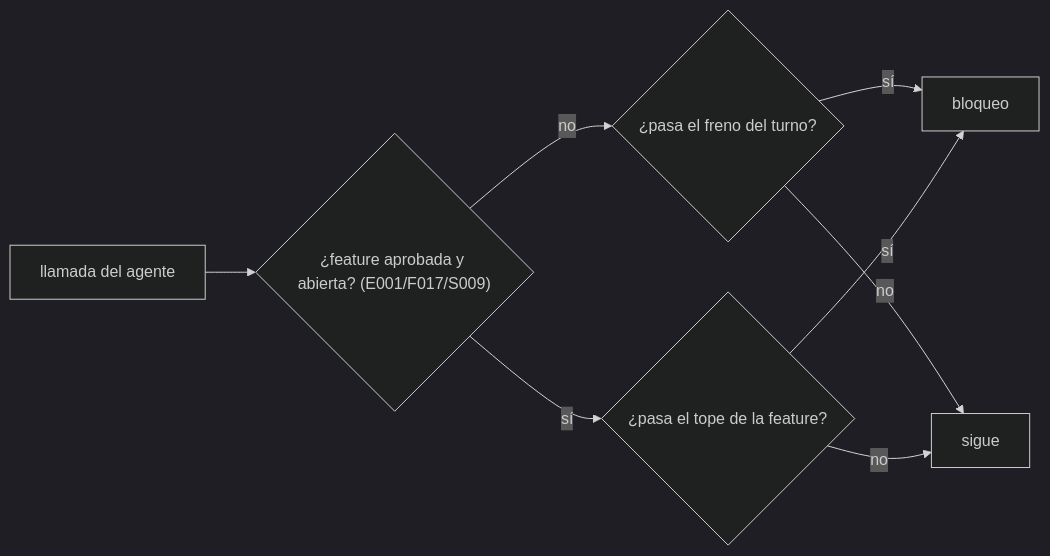
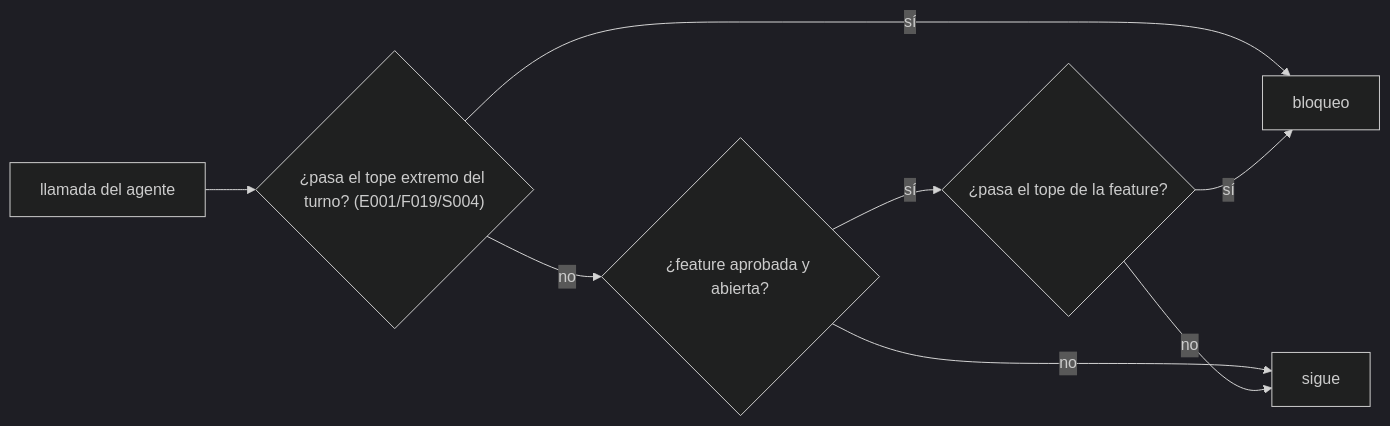
Before and after one commit to jliberal-aquas/aquas-central-harness-government: the first of 2 diagrams in docs/E001/F015/S002.md, drawn with Mermaid (dark theme). The commit also changed other lines of this file and 25 other files, not shown here.

First line of the commit message:
E001/F019/S004: tope extremo por turno de 1000 llamadas o 20M ponderados

````diff
--- a/docs/E001/F015/S002.md
+++ b/docs/E001/F015/S002.md
@@ -49,10 +49,10 @@
 ```mermaid
 flowchart LR
-    L["llamada del agente"] --> A{"¿feature aprobada y abierta? (E001/F017/S009)"}
-    A -->|no| T{"¿pasa el freno del turno?"}
+    L["llamada del agente"] --> T{"¿pasa el tope extremo del turno? (E001/F019/S004)"}
+    T -->|sí| B["bloqueo"]
+    T -->|no| A{"¿feature aprobada y abierta?"}
+    A -->|no| OK["sigue"]
     A -->|sí| F{"¿pasa el tope de la feature?"}
-    T -->|sí| B["bloqueo"]
-    T -->|no| OK["sigue"]
     F -->|sí| B
     F -->|no| OK
 ```
````
